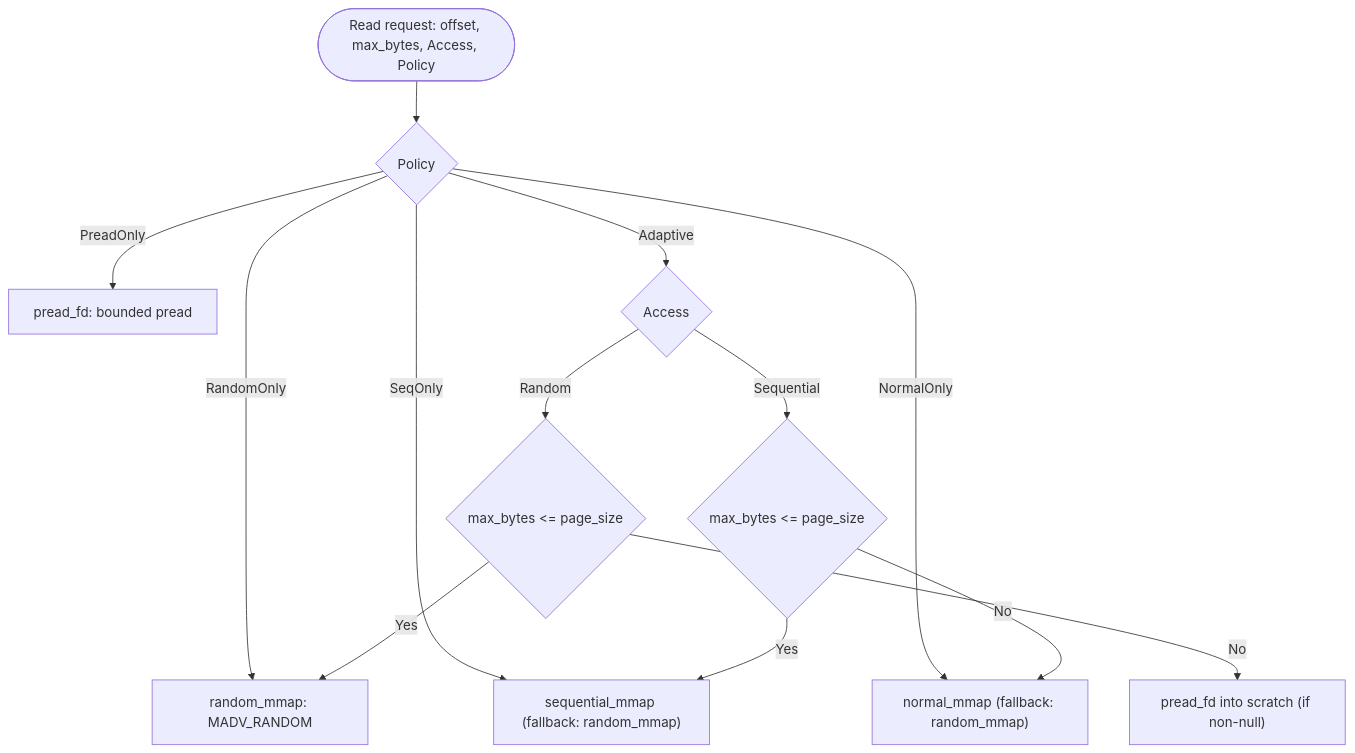
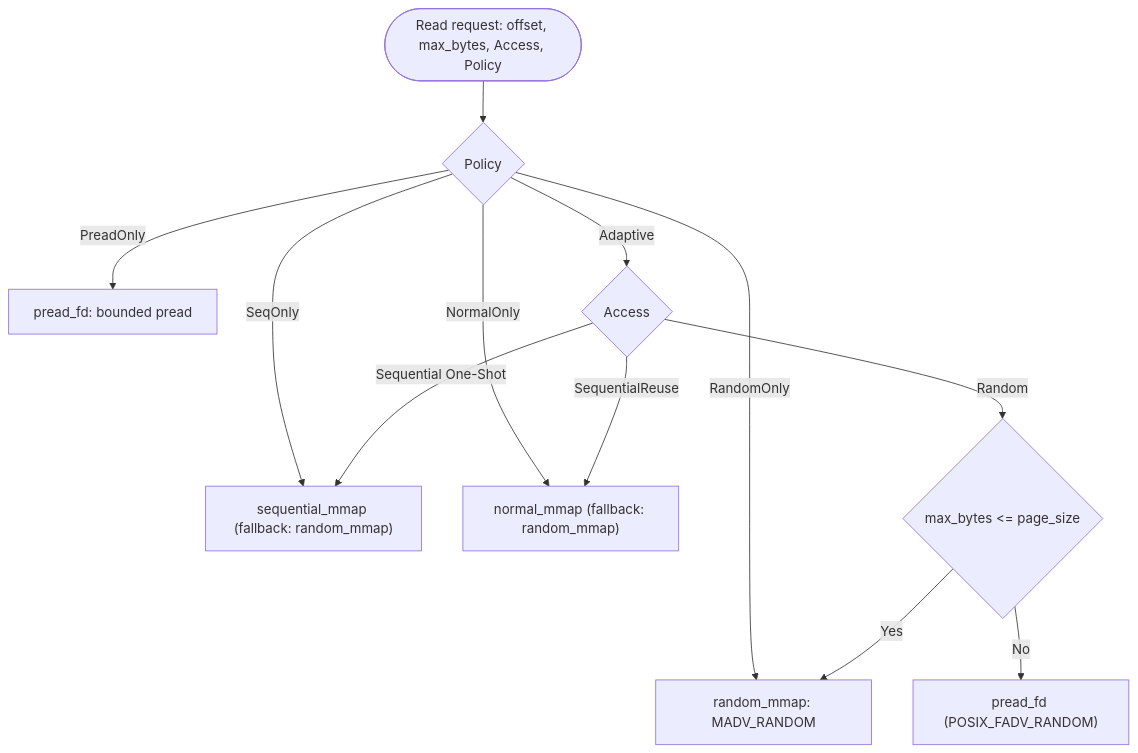
One commit to LineairDB/vmemkv changed the diagram in docs/specification/quadfecta.md. Above: the diagram before and after it, drawn with Mermaid. The commit also changed other lines of this file and 3 other files, not shown here.

Commit message:
feat(quadfecta): separate Sequential vs SequentialReuse by temporal reuse instead of 4KiB

````diff
--- a/docs/specification/quadfecta.md
+++ b/docs/specification/quadfecta.md
@@ -34,15 +34,14 @@
 ```mermaid
 flowchart TB
     R([Read request: offset, max_bytes, Access, Policy]) --> P{Policy}
     P -->|PreadOnly| PR[pread_fd: bounded pread]
     P -->|RandomOnly| RM[random_mmap: MADV_RANDOM]
     P -->|SeqOnly| SM["sequential_mmap (fallback: random_mmap)"]
     P -->|NormalOnly| NM["normal_mmap (fallback: random_mmap)"]
     P -->|Adaptive| A{Access}
     A -->|Random| RS{max_bytes <= page_size}
-    A -->|Sequential| SS{max_bytes <= page_size}
+    A -->|Sequential One-Shot| SM
+    A -->|SequentialReuse| NM
     RS -->|Yes| RM
-    RS -->|No| PR2["pread_fd into scratch (if non-null)"]
-    SS -->|Yes| SM
-    SS -->|No| NM
+    RS -->|No| PR2["pread_fd (POSIX_FADV_RANDOM)"]
 ```
````
